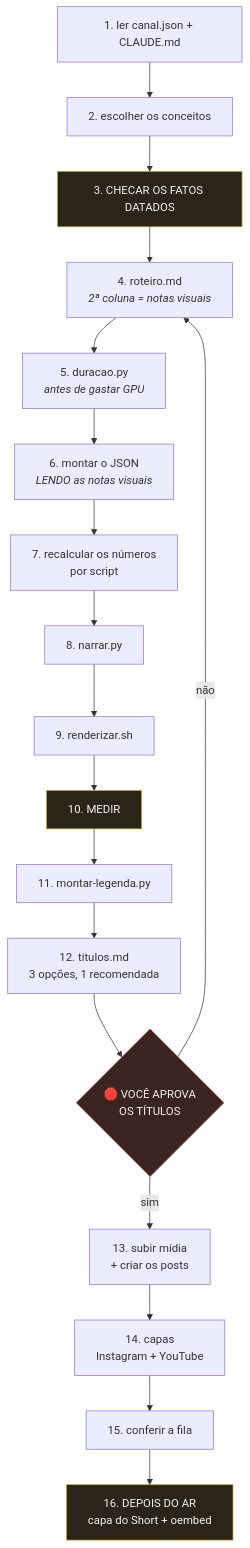
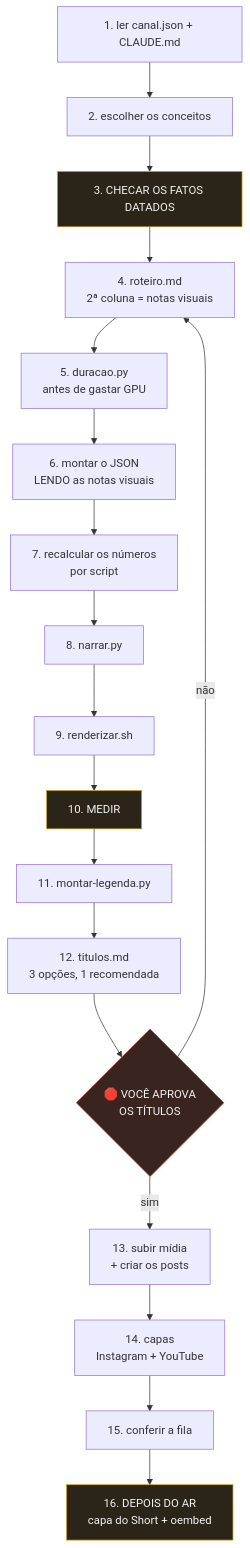
The first of 3 diagrams in docs/03-producao-semanal.md (claudiogpt/motor-de-canal), drawn with Mermaid before and after one commit. The commit also changed other lines of this file and 5 other files, not shown here.

````diff
--- a/docs/03-producao-semanal.md
+++ b/docs/03-producao-semanal.md
@@ -7,25 +7,25 @@
 ```mermaid
 flowchart TD
     A["1. ler canal.json + CLAUDE.md"] --> B["2. escolher os conceitos"]
     B --> C["3. CHECAR OS FATOS DATADOS"]
-    C --> D["4. roteiro.md<br/><i>2ª coluna = notas visuais</i>"]
-    D --> E["5. duracao.py<br/><i>antes de gastar GPU</i>"]
-    E --> F["6. montar o JSON<br/><i>LENDO as notas visuais</i>"]
+    C --> D["4. roteiro.md<br/>2ª coluna = notas visuais"]
+    D --> E["5. duracao.py<br/>antes de gastar GPU"]
+    E --> F["6. montar o JSON<br/>LENDO as notas visuais"]
     F --> G["7. recalcular os números<br/>por script"]
     G --> H["8. narrar.py"]
     H --> I["9. renderizar.sh"]
     I --> J["10. MEDIR"]
     J --> K["11. montar-legenda.py"]
     K --> L["12. titulos.md<br/>3 opções, 1 recomendada"]
     L --> STOP{"🛑 VOCÊ APROVA<br/>OS TÍTULOS"}
     STOP -->|sim| M["13. subir mídia<br/>+ criar os posts"]
     STOP -->|não| D
     M --> N["14. capas<br/>Instagram + YouTube"]
     N --> O["15. conferir a fila"]
     O --> P["16. DEPOIS DO AR<br/>capa do Short + oembed"]
 
     style C fill:#2a2518,stroke:#C9A227,color:#F2F2F0
     style J fill:#2a2518,stroke:#C9A227,color:#F2F2F0
     style STOP fill:#3a2420,stroke:#B5452F,color:#F2F2F0
     style P fill:#2a2518,stroke:#C9A227,color:#F2F2F0
 ```
````
